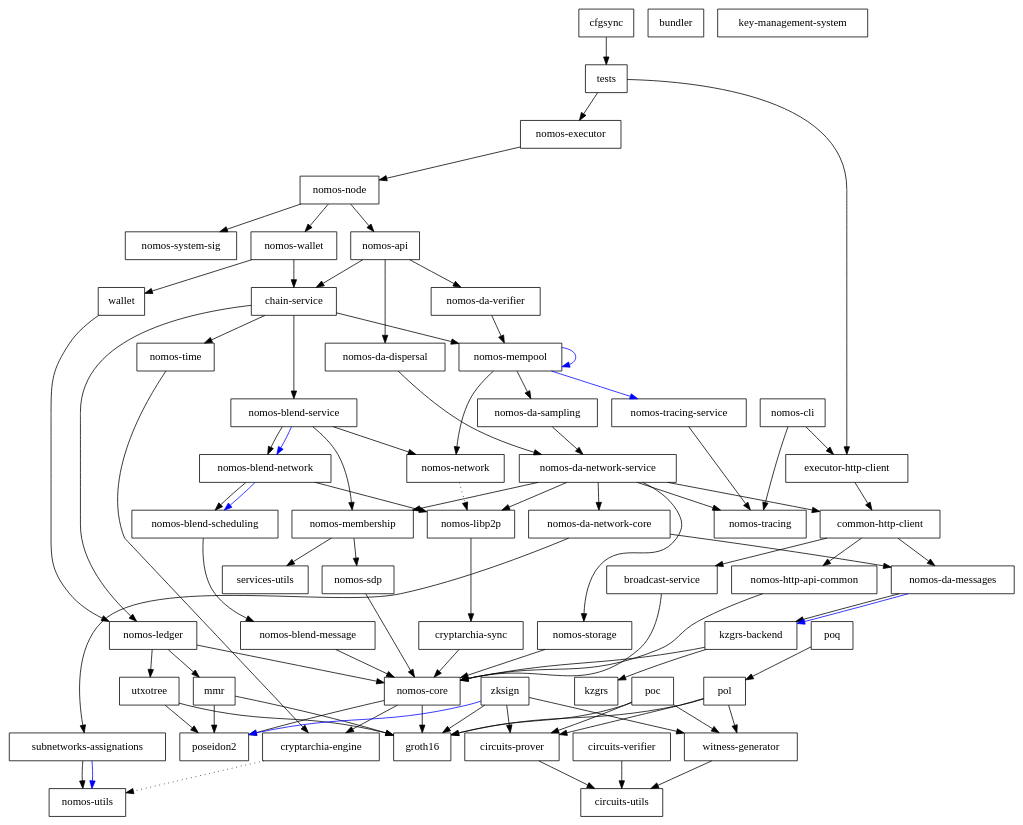
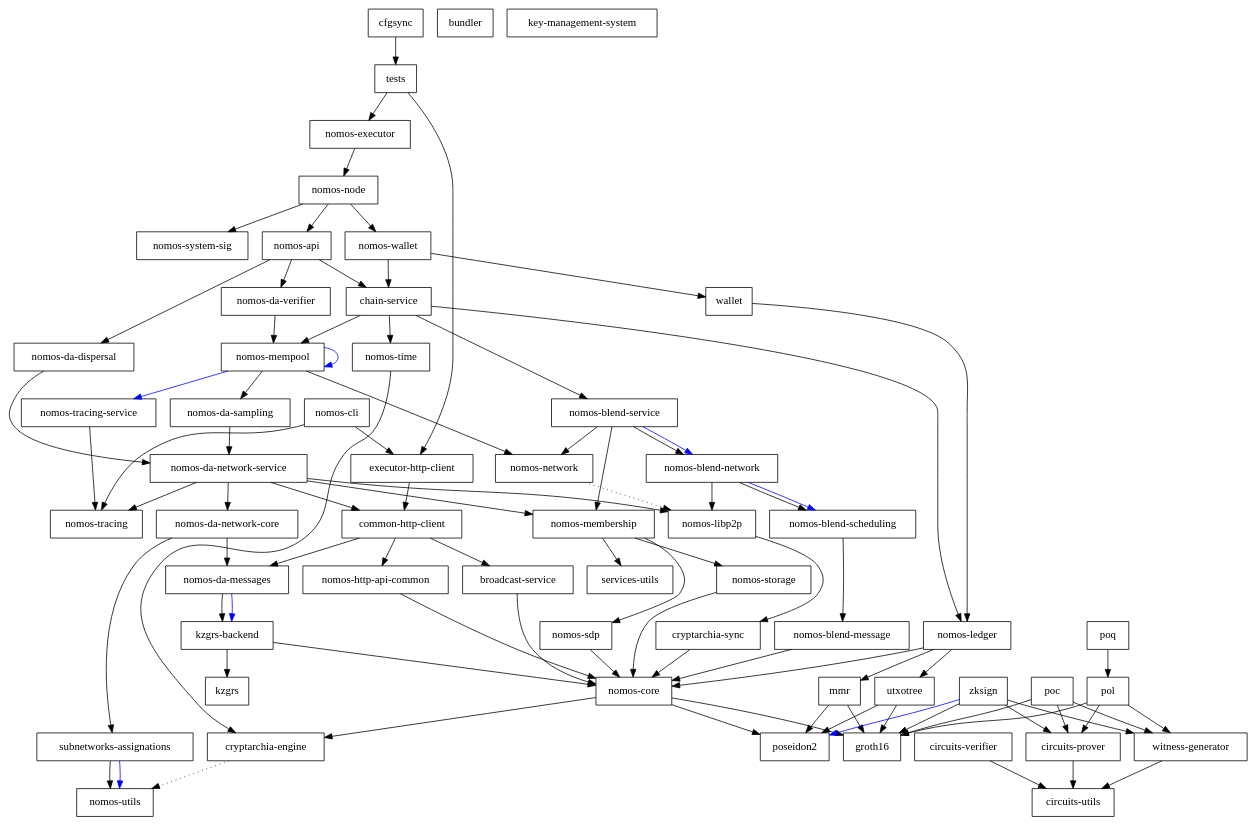
One commit to Astro521/logos-blockchain changed the diagram in dependencies_graph.dot. Above: the diagram before and after it, drawn with Graphviz. The commit also changed 24 other files, not shown here.

```diff
--- a/dependencies_graph.dot
+++ b/dependencies_graph.dot
@@ -1,147 +1,147 @@
 digraph {
     0 [ label = "cryptarchia-engine" shape = box]
     1 [ label = "nomos-utils" shape = box]
     2 [ label = "cryptarchia-sync" shape = box]
     3 [ label = "nomos-core" shape = box]
     4 [ label = "groth16" shape = box]
     5 [ label = "poseidon2" shape = box]
     6 [ label = "nomos-ledger" shape = box]
     7 [ label = "mmr" shape = box]
     8 [ label = "utxotree" shape = box]
     9 [ label = "nomos-http-api-common" shape = box]
     10 [ label = "nomos-executor" shape = box]
     11 [ label = "broadcast-service" shape = box]
     12 [ label = "kzgrs-backend" shape = box]
     13 [ label = "kzgrs" shape = box]
     14 [ label = "nomos-api" shape = box]
     15 [ label = "chain-service" shape = box]
     16 [ label = "nomos-blend-service" shape = box]
     17 [ label = "nomos-blend-message" shape = box]
     18 [ label = "nomos-blend-network" shape = box]
     19 [ label = "nomos-blend-scheduling" shape = box]
     20 [ label = "nomos-libp2p" shape = box]
     21 [ label = "nomos-membership" shape = box]
     22 [ label = "nomos-sdp" shape = box]
-    23 [ label = "services-utils" shape = box]
-    24 [ label = "nomos-network" shape = box]
-    25 [ label = "nomos-da-sampling" shape = box]
-    26 [ label = "nomos-da-network-core" shape = box]
-    27 [ label = "nomos-da-messages" shape = box]
-    28 [ label = "subnetworks-assignations" shape = box]
-    29 [ label = "nomos-da-network-service" shape = box]
-    30 [ label = "common-http-client" shape = box]
-    31 [ label = "nomos-storage" shape = box]
+    23 [ label = "nomos-storage" shape = box]
+    24 [ label = "services-utils" shape = box]
+    25 [ label = "nomos-network" shape = box]
+    26 [ label = "nomos-da-sampling" shape = box]
+    27 [ label = "nomos-da-network-core" shape = box]
+    28 [ label = "nomos-da-messages" shape = box]
+    29 [ label = "subnetworks-assignations" shape = box]
+    30 [ label = "nomos-da-network-service" shape = box]
+    31 [ label = "common-http-client" shape = box]
     32 [ label = "nomos-tracing" shape = box]
     33 [ label = "nomos-mempool" shape = box]
     34 [ label = "nomos-tracing-service" shape = box]
     35 [ label = "nomos-time" shape = box]
     36 [ label = "nomos-da-dispersal" shape = box]
     37 [ label = "nomos-da-verifier" shape = box]
     38 [ label = "nomos-node" shape = box]
     39 [ label = "nomos-system-sig" shape = box]
     40 [ label = "nomos-wallet" shape = box]
     41 [ label = "wallet" shape = box]
     42 [ label = "executor-http-client" shape = box]
     43 [ label = "bundler" shape = box]
     44 [ label = "nomos-cli" shape = box]
     45 [ label = "key-management-system" shape = box]
     46 [ label = "cfgsync" shape = box]
     47 [ label = "tests" shape = box]
     48 [ label = "circuits-prover" shape = box]
     49 [ label = "circuits-utils" shape = box]
     50 [ label = "circuits-verifier" shape = box]
     51 [ label = "witness-generator" shape = box]
     52 [ label = "poc" shape = box]
     53 [ label = "pol" shape = box]
     54 [ label = "poq" shape = box]
     55 [ label = "zksign" shape = box]
     0 -> 1 [ style = dotted]
     2 -> 3 [ ]
     3 -> 0 [ ]
     3 -> 4 [ ]
     3 -> 5 [ ]
     6 -> 7 [ ]
     6 -> 3 [ ]
     6 -> 8 [ ]
     7 -> 4 [ ]
     7 -> 5 [ ]
     8 -> 4 [ ]
     8 -> 5 [ ]
     9 -> 3 [ ]
     10 -> 38 [ ]
     11 -> 3 [ ]
     12 -> 13 [ ]
     12 -> 3 [ ]
     14 -> 15 [ ]
     14 -> 36 [ ]
     14 -> 37 [ ]
     15 -> 16 [ ]
     15 -> 6 [ ]
     15 -> 33 [ ]
     15 -> 35 [ ]
     16 -> 18 [ ]
     16 -> 18 [ color = blue]
     16 -> 21 [ ]
-    16 -> 24 [ ]
+    16 -> 25 [ ]
     17 -> 3 [ ]
     18 -> 19 [ ]
     18 -> 19 [ color = blue]
     18 -> 20 [ ]
     19 -> 17 [ ]
     20 -> 2 [ ]
     21 -> 22 [ ]
     21 -> 23 [ ]
+    21 -> 24 [ ]
     22 -> 3 [ ]
-    24 -> 20 [ style = dotted]
-    25 -> 29 [ ]
-    26 -> 27 [ ]
-    26 -> 28 [ ]
-    27 -> 12 [ ]
-    27 -> 12 [ color = blue]
-    28 -> 1 [ ]
-    28 -> 1 [ color = blue]
-    29 -> 30 [ ]
-    29 -> 26 [ ]
-    29 -> 20 [ ]
-    29 -> 21 [ ]
-    29 -> 31 [ ]
-    29 -> 32 [ ]
-    30 -> 11 [ ]
+    23 -> 3 [ ]
+    25 -> 20 [ style = dotted]
+    26 -> 30 [ ]
+    27 -> 28 [ ]
+    27 -> 29 [ ]
+    28 -> 12 [ ]
+    28 -> 12 [ color = blue]
+    29 -> 1 [ ]
+    29 -> 1 [ color = blue]
+    30 -> 31 [ ]
     30 -> 27 [ ]
-    30 -> 9 [ ]
-    31 -> 3 [ ]
+    30 -> 20 [ ]
+    30 -> 21 [ ]
+    30 -> 32 [ ]
+    31 -> 11 [ ]
+    31 -> 28 [ ]
+    31 -> 9 [ ]
+    33 -> 26 [ ]
+    33 -> 33 [ color = blue]
     33 -> 25 [ ]
-    33 -> 33 [ color = blue]
-    33 -> 24 [ ]
     33 -> 34 [ color = blue]
     34 -> 32 [ ]
     35 -> 0 [ ]
-    36 -> 29 [ ]
+    36 -> 30 [ ]
     37 -> 33 [ ]
     38 -> 14 [ ]
     38 -> 39 [ ]
     38 -> 40 [ ]
     40 -> 15 [ ]
     40 -> 41 [ ]
     41 -> 6 [ ]
-    42 -> 30 [ ]
+    42 -> 31 [ ]
     44 -> 42 [ ]
     44 -> 32 [ ]
     46 -> 47 [ ]
     47 -> 42 [ ]
     47 -> 10 [ ]
     48 -> 49 [ ]
     50 -> 49 [ ]
     51 -> 49 [ ]
     52 -> 48 [ ]
     52 -> 4 [ ]
     52 -> 51 [ ]
     53 -> 48 [ ]
     53 -> 4 [ ]
     53 -> 51 [ ]
     54 -> 53 [ ]
     55 -> 48 [ ]
     55 -> 4 [ ]
     55 -> 5 [ color = blue]
     55 -> 51 [ ]
 }
```
